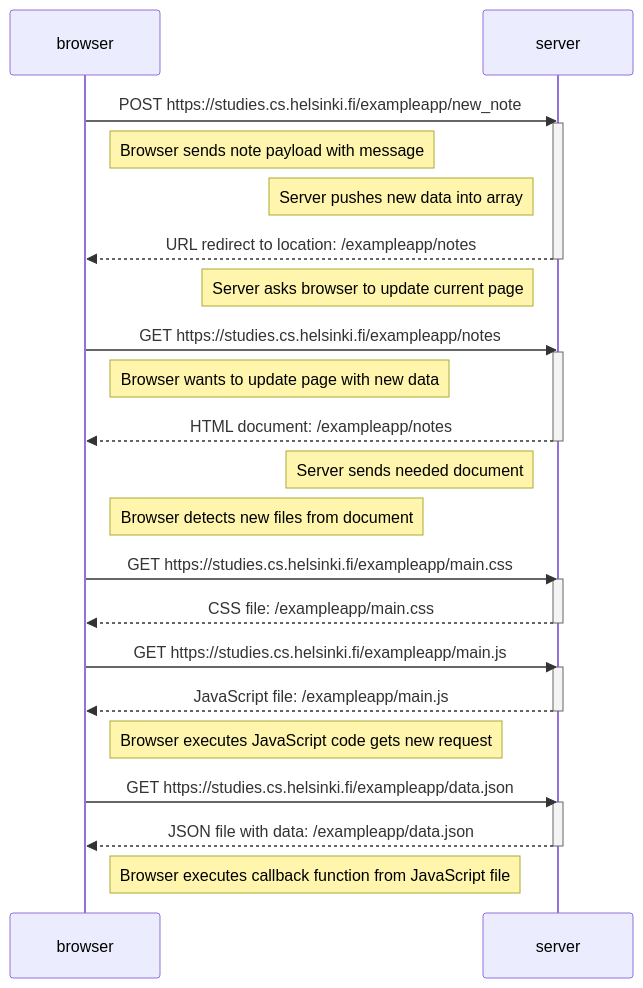
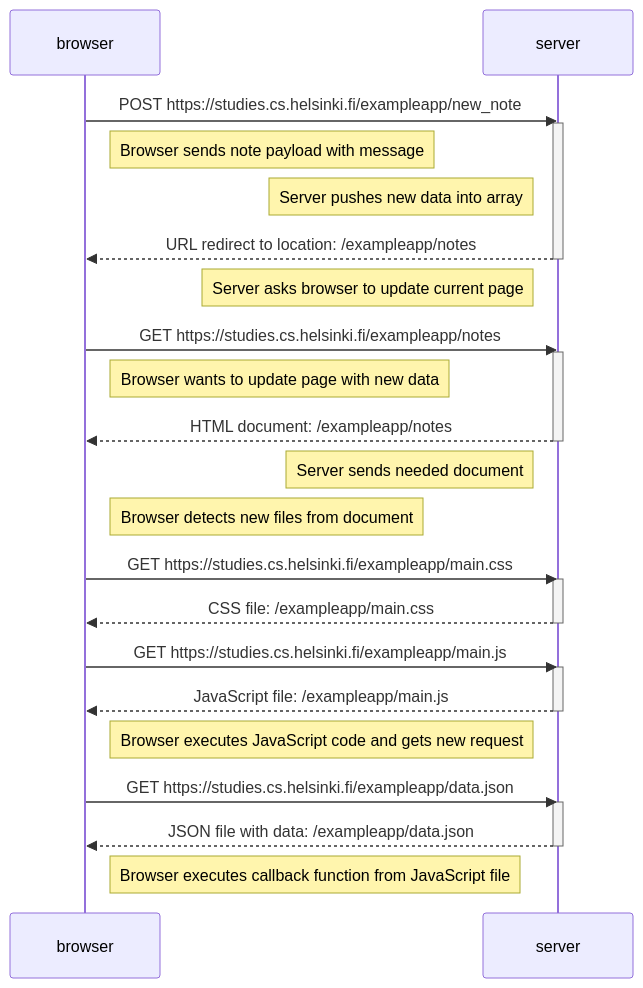
One commit to winchest3r/fullstackopen2024 changed the diagram in part0/0.4 New note diagram.md. Above: the diagram before and after it, drawn with Mermaid. The commit also changed 2 other files, not shown here.

Commit message:
Add part0

````diff
--- a/part0/0.4 New note diagram.md
+++ b/part0/0.4 New note diagram.md
@@ -1,41 +1,41 @@
 ```mermaid
 
 sequenceDiagram
     participant browser
     participant server
 
     browser->>server: POST https://studies.cs.helsinki.fi/exampleapp/new_note
     activate server
     Note right of browser: Browser sends note payload with message
     Note left of server: Server pushes new data into array
     server-->>browser: URL redirect to location: /exampleapp/notes
     deactivate server
     Note left of server: Server asks browser to update current page
 
     browser->>server: GET https://studies.cs.helsinki.fi/exampleapp/notes
     activate server
     Note right of browser: Browser wants to update page with new data
     server-->>browser: HTML document: /exampleapp/notes
     deactivate server
     Note left of server: Server sends needed document
     
     Note right of browser: Browser detects new files from document
     browser->>server: GET https://studies.cs.helsinki.fi/exampleapp/main.css
     activate server
     server-->>browser: CSS file: /exampleapp/main.css
     deactivate server
 
     browser->>server: GET https://studies.cs.helsinki.fi/exampleapp/main.js
     activate server
     server-->>browser: JavaScript file: /exampleapp/main.js
     deactivate server
 
-    Note right of browser: Browser executes JavaScript code gets new request
+    Note right of browser: Browser executes JavaScript code and gets new request
     browser->>server: GET https://studies.cs.helsinki.fi/exampleapp/data.json
     activate server
     server-->>browser: JSON file with data: /exampleapp/data.json
     deactivate server
 
     Note right of browser: Browser executes callback function from JavaScript file
 
 ```
````
